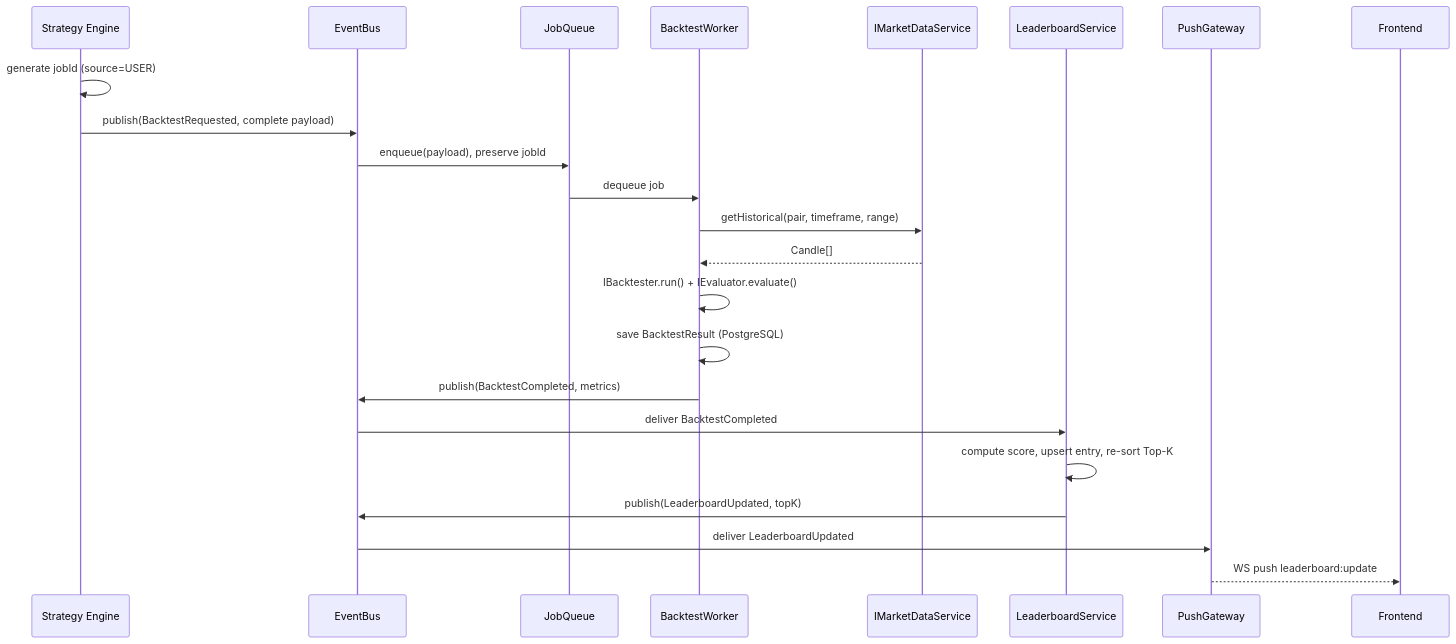
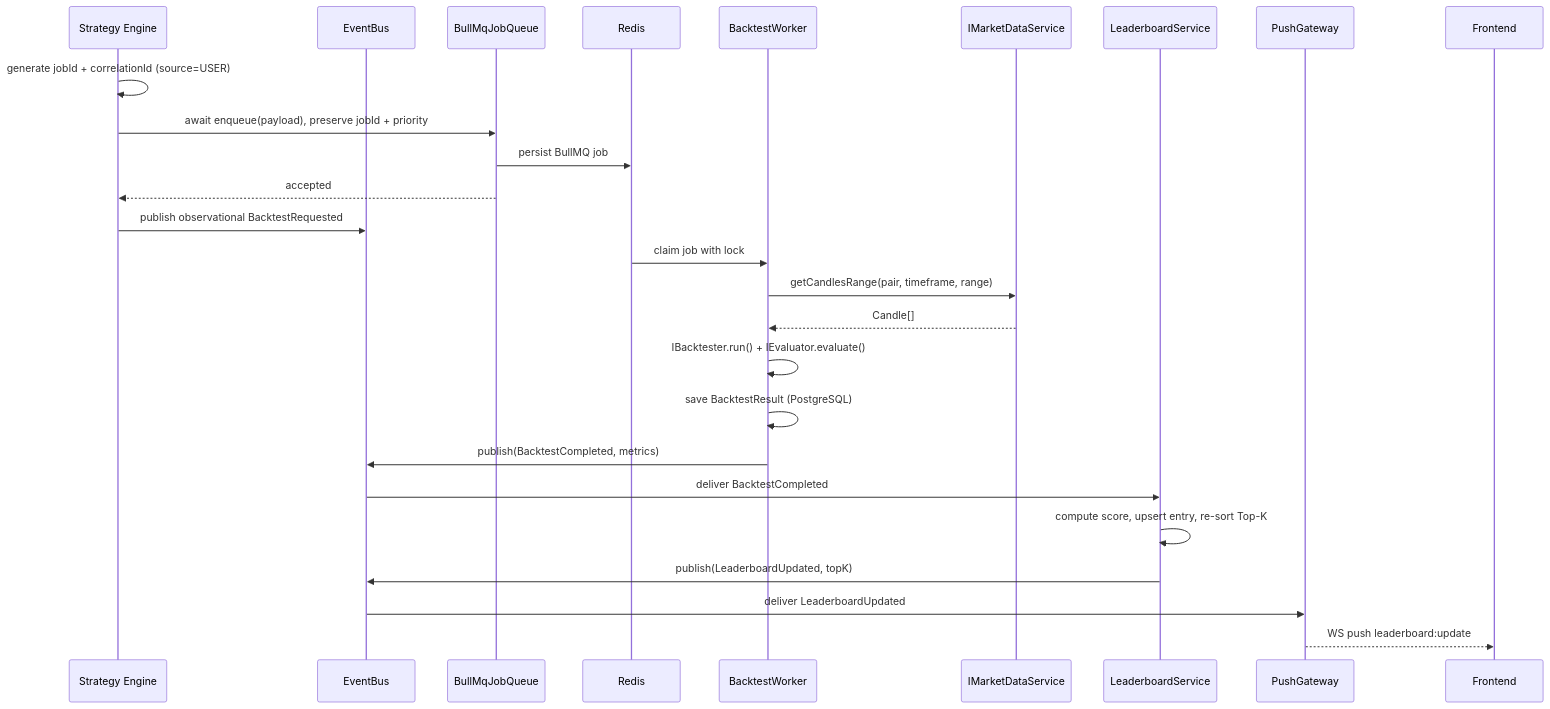
One commit to Hoang105205/Crypto-Strategy-Lab changed the second of 4 diagrams in kb/modules/event-infrastructure.md. Above: the diagram before and after it, drawn with Mermaid. The commit also changed other lines of this file and 33 other files, not shown here.

Commit message:
doc: update job queue using bullmq/redis

````diff
--- a/kb/modules/event-infrastructure.md
+++ b/kb/modules/event-infrastructure.md
@@ -175,26 +181,29 @@
 ```mermaid
 sequenceDiagram
     participant SE as Strategy Engine
     participant EB as EventBus
-    participant JQ as JobQueue
+    participant JQ as BullMqJobQueue
+    participant R as Redis
     participant W as BacktestWorker
     participant MD as IMarketDataService
     participant LB as LeaderboardService
     participant WS as PushGateway
     participant FE as Frontend
 
-    SE->>SE: generate jobId (source=USER)
-    SE->>EB: publish(BacktestRequested, complete payload)
-    EB->>JQ: enqueue(payload), preserve jobId
-    JQ->>W: dequeue job
-    W->>MD: getHistorical(pair, timeframe, range)
+    SE->>SE: generate jobId + correlationId (source=USER)
+    SE->>JQ: await enqueue(payload), preserve jobId + priority
+    JQ->>R: persist BullMQ job
+    JQ-->>SE: accepted
+    SE->>EB: publish observational BacktestRequested
+    R->>W: claim job with lock
+    W->>MD: getCandlesRange(pair, timeframe, range)
     MD-->>W: Candle[]
     W->>W: IBacktester.run() + IEvaluator.evaluate()
     W->>W: save BacktestResult (PostgreSQL)
     W->>EB: publish(BacktestCompleted, metrics)
     EB->>LB: deliver BacktestCompleted
     LB->>LB: compute score, upsert entry, re-sort Top-K
     LB->>EB: publish(LeaderboardUpdated, topK)
     EB->>WS: deliver LeaderboardUpdated
     WS-->>FE: WS push leaderboard:update
 ```
````
